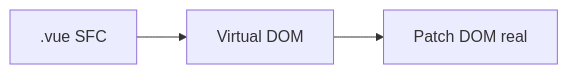
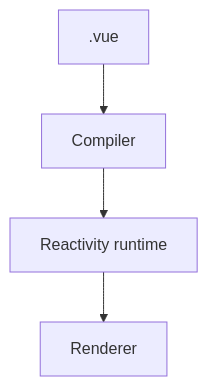
Before and after one commit to tiagocosmai/study-materials: the diagram in frontend/08-vue.md, drawn with Mermaid. The commit also changed other lines of this file and 14 other files, not shown here.

````diff
--- a/frontend/08-vue.md
+++ b/frontend/08-vue.md
@@ -7,6 +7,7 @@
 ```mermaid
-flowchart LR
-  SFC[.vue SFC]
-  SFC --> VDOM[Virtual DOM]
-  VDOM --> PATCH[Patch DOM real]
+flowchart TB
+  SFC[.vue]
+  SFC --> COMP[Compiler]
+  COMP --> R[Reactivity runtime]
+  R --> DOM[Renderer]
 ```
````
